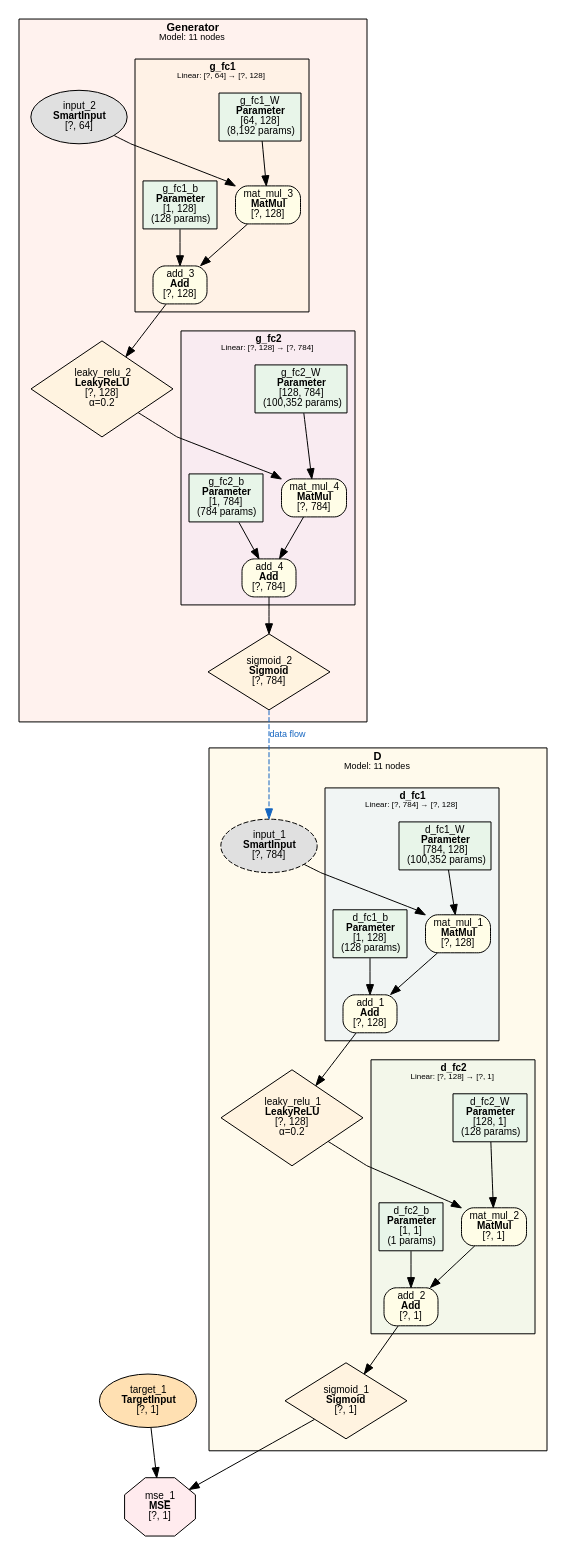
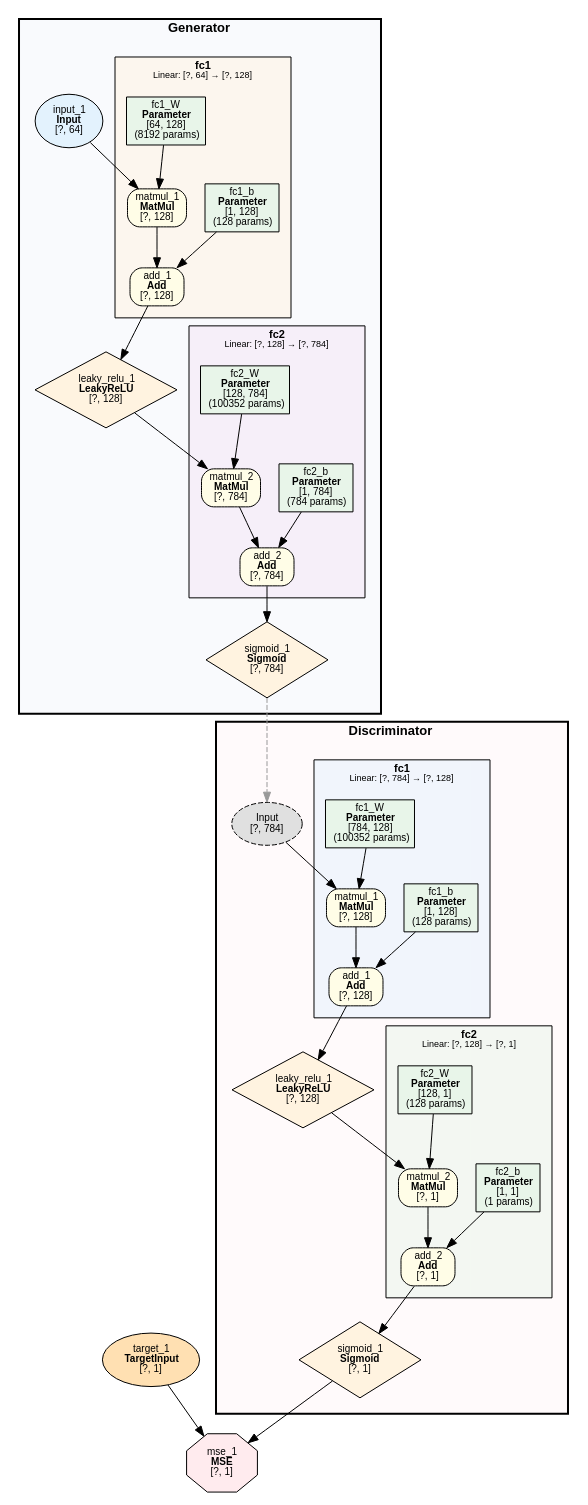
One commit to dbsxdbsx/only_torch changed the diagram in examples/mnist_gan/mnist_gan.dot. Above: the diagram before and after it, drawn with Graphviz. The commit also changed 15 other files, not shown here.

```diff
--- a/examples/mnist_gan/mnist_gan.dot
+++ b/examples/mnist_gan/mnist_gan.dot
@@ -1,106 +1,112 @@
-digraph Model {
+digraph ComputeGraph {
     rankdir=TB;
     newrank=true;
     splines=polyline;
     node [fontname="Microsoft YaHei,SimHei,Arial"];
     edge [fontname="Microsoft YaHei,SimHei,Arial"];
 
-    subgraph cluster_D {
-        label=<<B>D</B><BR/><FONT POINT-SIZE="9">Model: 11 nodes</FONT>>;
-        style=filled;
-        fillcolor="#FFECB340";
+    subgraph cluster_model_Discriminator {
+        label=<<B>Discriminator</B>>;
+        style="filled,bold";
+        fillcolor="#FFEBEE40";
         fontname="Microsoft YaHei,SimHei,Arial";
-        fontsize=11;
-        margin=12;
-        subgraph cluster_D_d_fc1 {
-            label=<<B>d_fc1</B><BR/><FONT POINT-SIZE="8">Linear: [?, 784] → [?, 128]</FONT>>;
+        fontsize=13;
+        margin=16;
+
+        subgraph cluster_Discriminator_fc1 {
+            label=<<B>fc1</B><BR/><FONT POINT-SIZE="9">Linear: [?, 784] → [?, 128]</FONT>>;
             style=filled;
             fillcolor="#E3F2FD80";
             fontname="Microsoft YaHei,SimHei,Arial";
-            fontsize=10;
-            margin=8;
-            "5" [label=<d_fc1_W<BR/><B>Parameter</B><BR/>[784, 128]<BR/>(100,352 params)> shape=box style=filled fillcolor="#E8F5E9" fontsize=10];
-            "6" [label=<d_fc1_b<BR/><B>Parameter</B><BR/>[1, 128]<BR/>(128 params)> shape=box style=filled fillcolor="#E8F5E9" fontsize=10];
-            "10" [label=<mat_mul_1<BR/><B>MatMul</B><BR/>[?, 128]> shape=box style="filled,rounded" fillcolor="#FFFDE7" fontsize=10];
-            "11" [label=<add_1<BR/><B>Add</B><BR/>[?, 128]> shape=box style="filled,rounded" fillcolor="#FFFDE7" fontsize=10];
+            fontsize=11;
+            margin=12;
+                "12017" [label=<add_1<BR/><B>Add</B><BR/>[?, 128]> shape=box style="filled,rounded" fillcolor="#FFFDE7" fontsize=10];
+                "12016" [label=<matmul_1<BR/><B>MatMul</B><BR/>[?, 128]> shape=box style="filled,rounded" fillcolor="#FFFDE7" fontsize=10];
+                "6" [label=<fc1_b<BR/><B>Parameter</B><BR/>[1, 128]<BR/>(128 params)> shape=box style=filled fillcolor="#E8F5E9" fontsize=10];
+                "5" [label=<fc1_W<BR/><B>Parameter</B><BR/>[784, 128]<BR/>(100352 params)> shape=box style=filled fillcolor="#E8F5E9" fontsize=10];
         }
-        subgraph cluster_D_d_fc2 {
-            label=<<B>d_fc2</B><BR/><FONT POINT-SIZE="8">Linear: [?, 128] → [?, 1]</FONT>>;
+
+        subgraph cluster_Discriminator_fc2 {
+            label=<<B>fc2</B><BR/><FONT POINT-SIZE="9">Linear: [?, 128] → [?, 1]</FONT>>;
             style=filled;
             fillcolor="#E8F5E980";
             fontname="Microsoft YaHei,SimHei,Arial";
-            fontsize=10;
-            margin=8;
-            "7" [label=<d_fc2_W<BR/><B>Parameter</B><BR/>[128, 1]<BR/>(128 params)> shape=box style=filled fillcolor="#E8F5E9" fontsize=10];
-            "8" [label=<d_fc2_b<BR/><B>Parameter</B><BR/>[1, 1]<BR/>(1 params)> shape=box style=filled fillcolor="#E8F5E9" fontsize=10];
-            "13" [label=<mat_mul_2<BR/><B>MatMul</B><BR/>[?, 1]> shape=box style="filled,rounded" fillcolor="#FFFDE7" fontsize=10];
-            "14" [label=<add_2<BR/><B>Add</B><BR/>[?, 1]> shape=box style="filled,rounded" fillcolor="#FFFDE7" fontsize=10];
+            fontsize=11;
+            margin=12;
+                "12020" [label=<add_2<BR/><B>Add</B><BR/>[?, 1]> shape=box style="filled,rounded" fillcolor="#FFFDE7" fontsize=10];
+                "12019" [label=<matmul_2<BR/><B>MatMul</B><BR/>[?, 1]> shape=box style="filled,rounded" fillcolor="#FFFDE7" fontsize=10];
+                "8" [label=<fc2_b<BR/><B>Parameter</B><BR/>[1, 1]<BR/>(1 params)> shape=box style=filled fillcolor="#E8F5E9" fontsize=10];
+                "7" [label=<fc2_W<BR/><B>Parameter</B><BR/>[128, 1]<BR/>(128 params)> shape=box style=filled fillcolor="#E8F5E9" fontsize=10];
         }
-            "9" [label=<input_1<BR/><B>SmartInput</B><BR/>[?, 784]> shape=ellipse style="filled,dashed" fillcolor="#E0E0E0" fontsize=10];
-            "12" [label=<leaky_relu_1<BR/><B>LeakyReLU</B><BR/>[?, 128]<BR/>α=0.2> shape=diamond style=filled fillcolor="#FFF3E0" fontsize=10];
-            "15" [label=<sigmoid_1<BR/><B>Sigmoid</B><BR/>[?, 1]> shape=diamond style=filled fillcolor="#FFF3E0" fontsize=10];
+
+        "12021" [label=<sigmoid_1<BR/><B>Sigmoid</B><BR/>[?, 1]> shape=diamond style=filled fillcolor="#FFF3E0" fontsize=10];
+        "12018" [label=<leaky_relu_1<BR/><B>LeakyReLU</B><BR/>[?, 128]> shape=diamond style=filled fillcolor="#FFF3E0" fontsize=10];
+        "virt_12015_Discriminator" [label=<Input<BR/>[?, 784]> shape=ellipse style="filled,dashed" fillcolor="#E0E0E0" fontsize=10];
     }
 
-    subgraph cluster_Generator {
-        label=<<B>Generator</B><BR/><FONT POINT-SIZE="9">Model: 11 nodes</FONT>>;
-        style=filled;
-        fillcolor="#FFCCBC40";
+    subgraph cluster_model_Generator {
+        label=<<B>Generator</B>>;
+        style="filled,bold";
+        fillcolor="#E8EAF640";
         fontname="Microsoft YaHei,SimHei,Arial";
-        fontsize=11;
-        margin=12;
-        subgraph cluster_Generator_g_fc1 {
-            label=<<B>g_fc1</B><BR/><FONT POINT-SIZE="8">Linear: [?, 64] → [?, 128]</FONT>>;
+        fontsize=13;
+        margin=16;
+
+        subgraph cluster_Generator_fc1 {
+            label=<<B>fc1</B><BR/><FONT POINT-SIZE="9">Linear: [?, 64] → [?, 128]</FONT>>;
             style=filled;
             fillcolor="#FFF3E080";
             fontname="Microsoft YaHei,SimHei,Arial";
-            fontsize=10;
-            margin=8;
-            "1" [label=<g_fc1_W<BR/><B>Parameter</B><BR/>[64, 128]<BR/>(8,192 params)> shape=box style=filled fillcolor="#E8F5E9" fontsize=10];
-            "2" [label=<g_fc1_b<BR/><B>Parameter</B><BR/>[1, 128]<BR/>(128 params)> shape=box style=filled fillcolor="#E8F5E9" fontsize=10];
-            "19" [label=<mat_mul_3<BR/><B>MatMul</B><BR/>[?, 128]> shape=box style="filled,rounded" fillcolor="#FFFDE7" fontsize=10];
-            "20" [label=<add_3<BR/><B>Add</B><BR/>[?, 128]> shape=box style="filled,rounded" fillcolor="#FFFDE7" fontsize=10];
+            fontsize=11;
+            margin=12;
+                "12011" [label=<add_1<BR/><B>Add</B><BR/>[?, 128]> shape=box style="filled,rounded" fillcolor="#FFFDE7" fontsize=10];
+                "12010" [label=<matmul_1<BR/><B>MatMul</B><BR/>[?, 128]> shape=box style="filled,rounded" fillcolor="#FFFDE7" fontsize=10];
+                "2" [label=<fc1_b<BR/><B>Parameter</B><BR/>[1, 128]<BR/>(128 params)> shape=box style=filled fillcolor="#E8F5E9" fontsize=10];
+                "1" [label=<fc1_W<BR/><B>Parameter</B><BR/>[64, 128]<BR/>(8192 params)> shape=box style=filled fillcolor="#E8F5E9" fontsize=10];
         }
-        subgraph cluster_Generator_g_fc2 {
-            label=<<B>g_fc2</B><BR/><FONT POINT-SIZE="8">Linear: [?, 128] → [?, 784]</FONT>>;
+
+        subgraph cluster_Generator_fc2 {
+            label=<<B>fc2</B><BR/><FONT POINT-SIZE="9">Linear: [?, 128] → [?, 784]</FONT>>;
             style=filled;
             fillcolor="#F3E5F580";
             fontname="Microsoft YaHei,SimHei,Arial";
-            fontsize=10;
-            margin=8;
-            "3" [label=<g_fc2_W<BR/><B>Parameter</B><BR/>[128, 784]<BR/>(100,352 params)> shape=box style=filled fillcolor="#E8F5E9" fontsize=10];
-            "4" [label=<g_fc2_b<BR/><B>Parameter</B><BR/>[1, 784]<BR/>(784 params)> shape=box style=filled fillcolor="#E8F5E9" fontsize=10];
-            "22" [label=<mat_mul_4<BR/><B>MatMul</B><BR/>[?, 784]> shape=box style="filled,rounded" fillcolor="#FFFDE7" fontsize=10];
-            "23" [label=<add_4<BR/><B>Add</B><BR/>[?, 784]> shape=box style="filled,rounded" fillcolor="#FFFDE7" fontsize=10];
+            fontsize=11;
+            margin=12;
+                "12014" [label=<add_2<BR/><B>Add</B><BR/>[?, 784]> shape=box style="filled,rounded" fillcolor="#FFFDE7" fontsize=10];
+                "12013" [label=<matmul_2<BR/><B>MatMul</B><BR/>[?, 784]> shape=box style="filled,rounded" fillcolor="#FFFDE7" fontsize=10];
+                "4" [label=<fc2_b<BR/><B>Parameter</B><BR/>[1, 784]<BR/>(784 params)> shape=box style=filled fillcolor="#E8F5E9" fontsize=10];
+                "3" [label=<fc2_W<BR/><B>Parameter</B><BR/>[128, 784]<BR/>(100352 params)> shape=box style=filled fillcolor="#E8F5E9" fontsize=10];
         }
-            "18" [label=<input_2<BR/><B>SmartInput</B><BR/>[?, 64]> shape=ellipse style=filled fillcolor="#E0E0E0" fontsize=10];
-            "21" [label=<leaky_relu_2<BR/><B>LeakyReLU</B><BR/>[?, 128]<BR/>α=0.2> shape=diamond style=filled fillcolor="#FFF3E0" fontsize=10];
-            "24" [label=<sigmoid_2<BR/><B>Sigmoid</B><BR/>[?, 784]> shape=diamond style=filled fillcolor="#FFF3E0" fontsize=10];
+
+        "12015" [label=<sigmoid_1<BR/><B>Sigmoid</B><BR/>[?, 784]> shape=diamond style=filled fillcolor="#FFF3E0" fontsize=10];
+        "12012" [label=<leaky_relu_1<BR/><B>LeakyReLU</B><BR/>[?, 128]> shape=diamond style=filled fillcolor="#FFF3E0" fontsize=10];
+        "12009" [label=<input_1<BR/><B>Input</B><BR/>[?, 64]> shape=ellipse style=filled fillcolor="#E3F2FD" fontsize=10];
     }
 
-    "16" [label=<target_1<BR/><B>TargetInput</B><BR/>[?, 1]> shape=ellipse style=filled fillcolor="#FFE0B2" fontsize=10];
-    "17" [label=<mse_1<BR/><B>MSE</B><BR/>[?, 1]> shape=octagon style=filled fillcolor="#FFEBEE" fontsize=10];
+    "12023" [label=<mse_1<BR/><B>MSE</B><BR/>[?, 1]> shape=octagon style=filled fillcolor="#FFEBEE" fontsize=10];
+    "12022" [label=<target_1<BR/><B>TargetInput</B><BR/>[?, 1]> shape=ellipse style=filled fillcolor="#FFE0B2" fontsize=10];
 
-    "9" -> "10";
-    "5" -> "10";
-    "10" -> "11";
-    "6" -> "11";
-    "11" -> "12";
-    "12" -> "13";
-    "7" -> "13";
-    "13" -> "14";
-    "8" -> "14";
-    "14" -> "15";
-    "15" -> "17";
-    "16" -> "17";
-    "18" -> "19";
-    "1" -> "19";
-    "19" -> "20";
-    "2" -> "20";
-    "20" -> "21";
-    "21" -> "22";
-    "3" -> "22";
-    "22" -> "23";
-    "4" -> "23";
-    "23" -> "24";
-    "24" -> "9" [style=dashed color="#1565C0" label="data flow" fontcolor="#1565C0" fontsize=9];
+    "12021" -> "12023";
+    "12022" -> "12023";
+    "12020" -> "12021";
+    "12019" -> "12020";
+    "8" -> "12020";
+    "12018" -> "12019";
+    "7" -> "12019";
+    "12017" -> "12018";
+    "12016" -> "12017";
+    "6" -> "12017";
+    "12015" -> "virt_12015_Discriminator" [style=dashed color="#999999"];
+    "virt_12015_Discriminator" -> "12016";
+    "5" -> "12016";
+    "12014" -> "12015";
+    "12013" -> "12014";
+    "4" -> "12014";
+    "12012" -> "12013";
+    "3" -> "12013";
+    "12011" -> "12012";
+    "12010" -> "12011";
+    "2" -> "12011";
+    "12009" -> "12010";
+    "1" -> "12010";
 }
```
